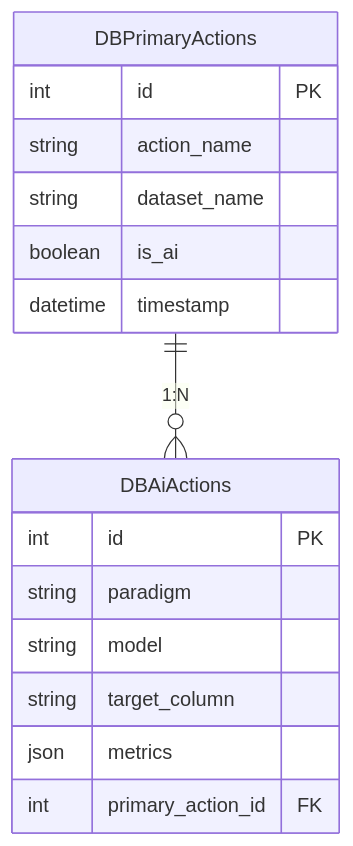
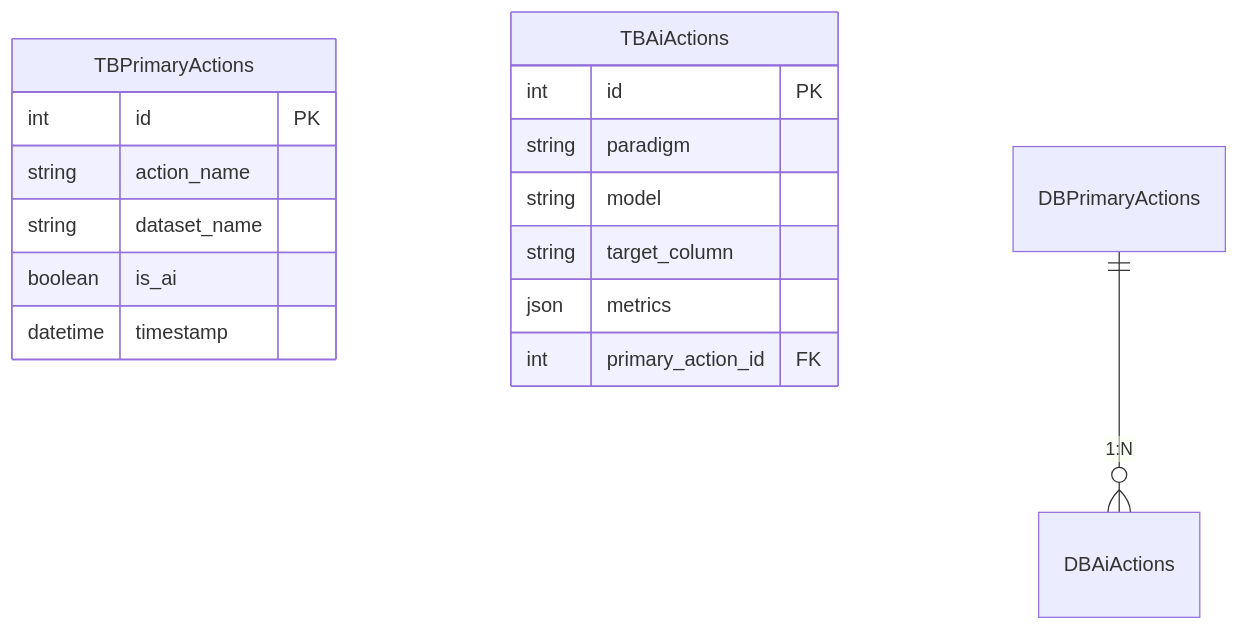
Before and after one commit to SerginhoTanaka/estagio-supervisionado: the first of 2 diagrams in README.md, drawn with Mermaid.

````diff
--- a/README.md
+++ b/README.md
@@ -38,23 +38,23 @@
 ```mermaid
 erDiagram
-    DBPrimaryActions {
+    TBPrimaryActions {
         int id PK
         string action_name
         string dataset_name
         boolean is_ai
         datetime timestamp
     }
 
-    DBAiActions {
+    TBAiActions {
         int id PK
         string paradigm
         string model
         string target_column
         json metrics
         int primary_action_id FK
     }
 
     DBPrimaryActions ||--o{ DBAiActions : "1:N"
 
 
 ```
````
